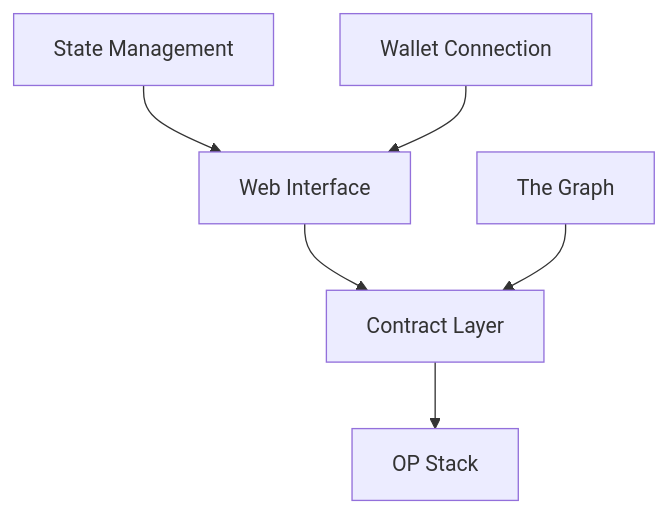
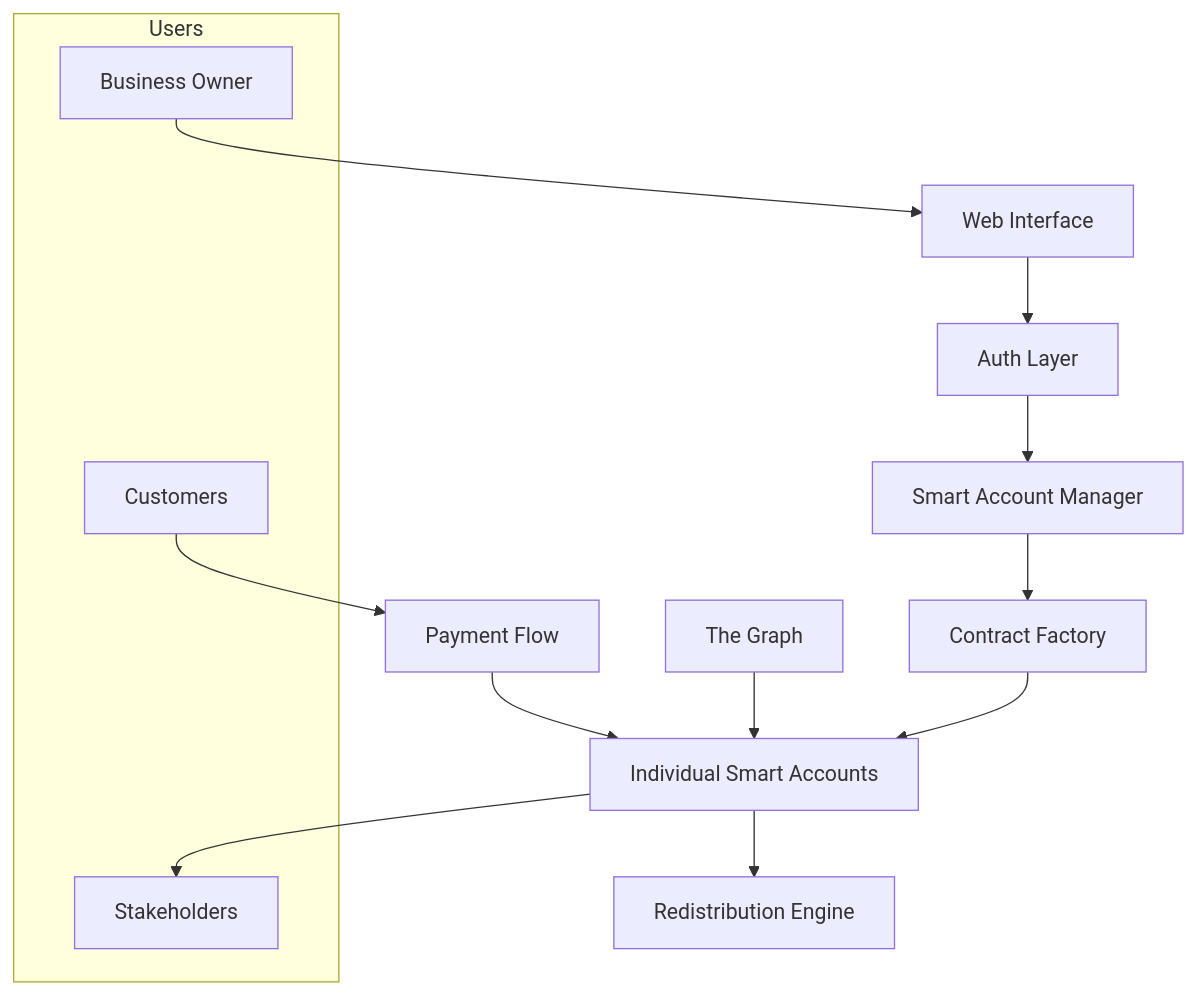
The first of 2 diagrams in documentation/architecture.md (syntrofi/capz), drawn with Mermaid before and after one commit. The commit also changed other lines of this file, not shown here.

````diff
--- a/documentation/architecture.md
+++ b/documentation/architecture.md
@@ -8,8 +24,20 @@
 ```mermaid
 graph TD
-A[Web Interface] --> B[Contract Layer]
-B --> C[OP Stack]
-D[The Graph] --> B
-E[State Management] --> A
-F[Wallet Connection] --> A
+    A[Web Interface] --> B[Auth Layer]
+    B --> C[Smart Account Manager]
+    C --> D[Contract Factory]
+    D --> E[Individual Smart Accounts]
+    F[Payment Flow] --> E
+    E --> G[Redistribution Engine]
+    H[The Graph] --> E
+    
+    subgraph Users
+        I[Business Owner]
+        J[Customers]
+        K[Stakeholders]
+    end
+    
+    I --> A
+    J --> F
+    E --> K
 ```
````
